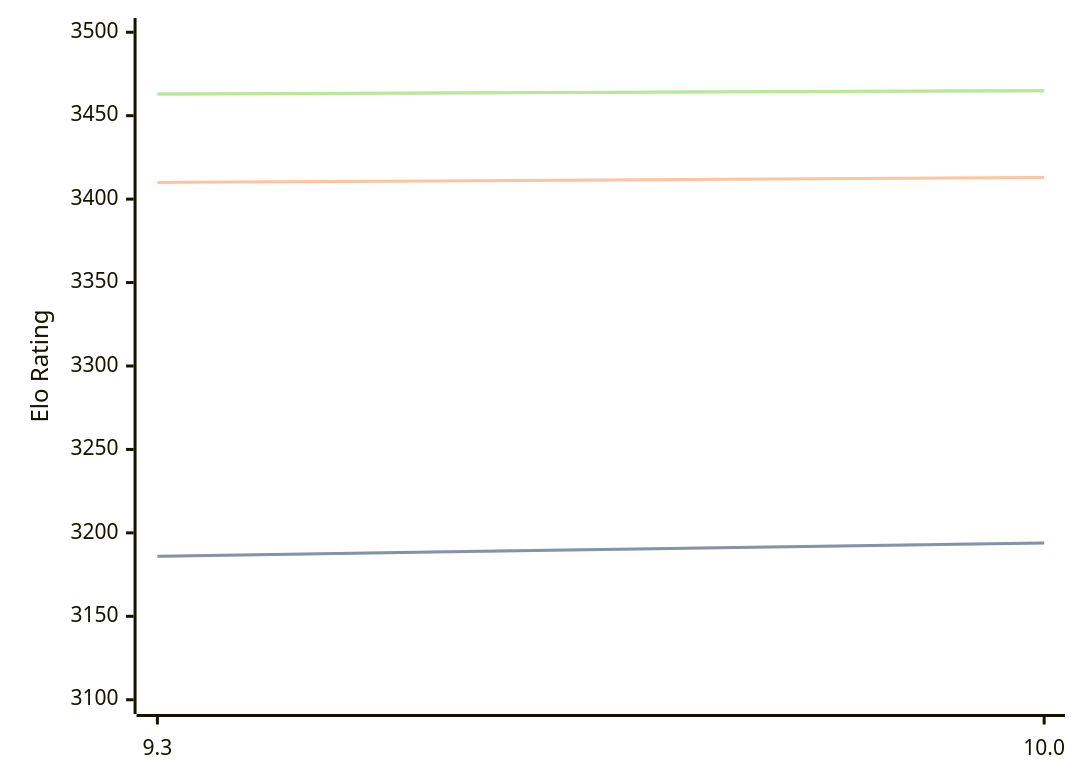
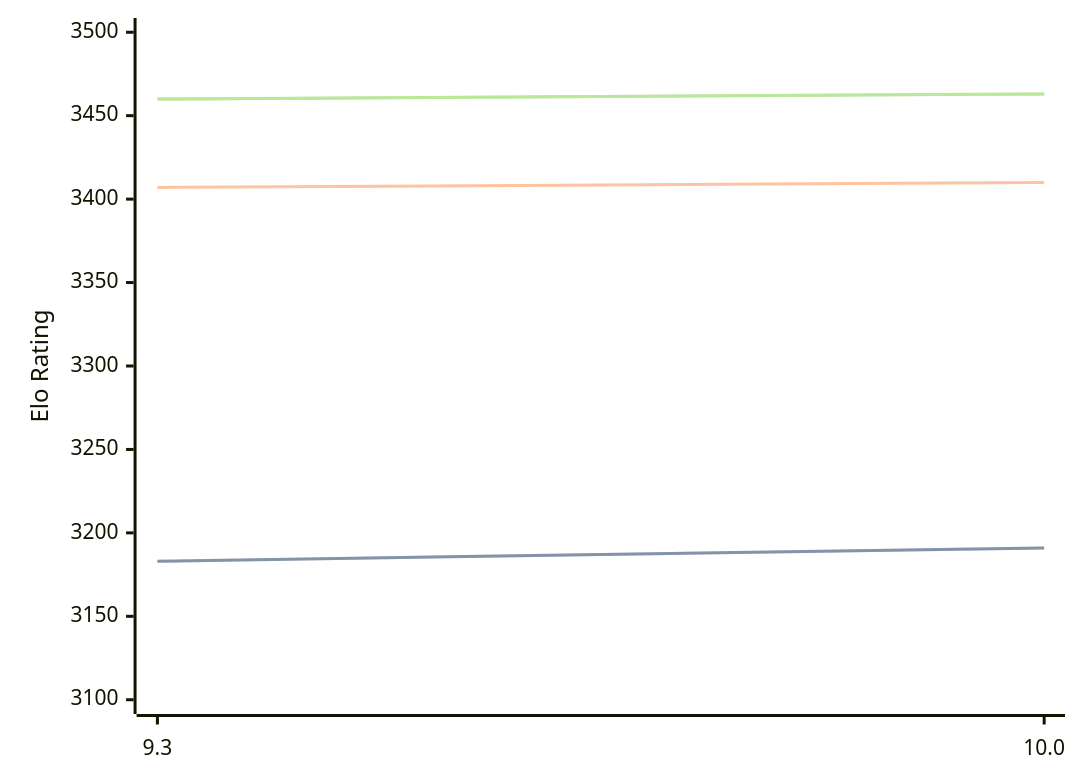
The diagram in engines/Fire.md (computer-chess-index/cci), drawn with Mermaid before and after one commit. The commit also changed other lines of this file, not shown here.

Commit message:
Update CCI Ratings (ELO VLTC) - 2026-04-23

````diff
--- a/engines/Fire.md
+++ b/engines/Fire.md
@@ -47,11 +47,11 @@
 ```mermaid
 %%{init: {"theme":"base","themeVariables":{"seriesColors:['#a3a3a3','#222221','#faa371']}}}%%
 xychart-beta
   x-axis ["9.3", "10.0"]
   y-axis "Elo Rating" 3100 --> 3500
-  line "STC (8.0+0.08s)" [3186, 3194]
-  line "STC (8.0+0.08s)" [3186, 3194]
-  line "LTC (60.0+0.60s)" [3410, 3413]
-  line "VLTC (2m24s+1.12s)" [3463, 3465]
-  line "VLTC (2m24s+1.12s)" [3463, 3465]
+  line "STC (8.0+0.08s)" [3183, 3191]
+  line "STC (8.0+0.08s)" [3183, 3191]
+  line "LTC (60.0+0.60s)" [3407, 3410]
+  line "VLTC (2m24s+1.12s)" [3460, 3463]
+  line "VLTC (2m24s+1.12s)" [3460, 3463]
 ```
````
